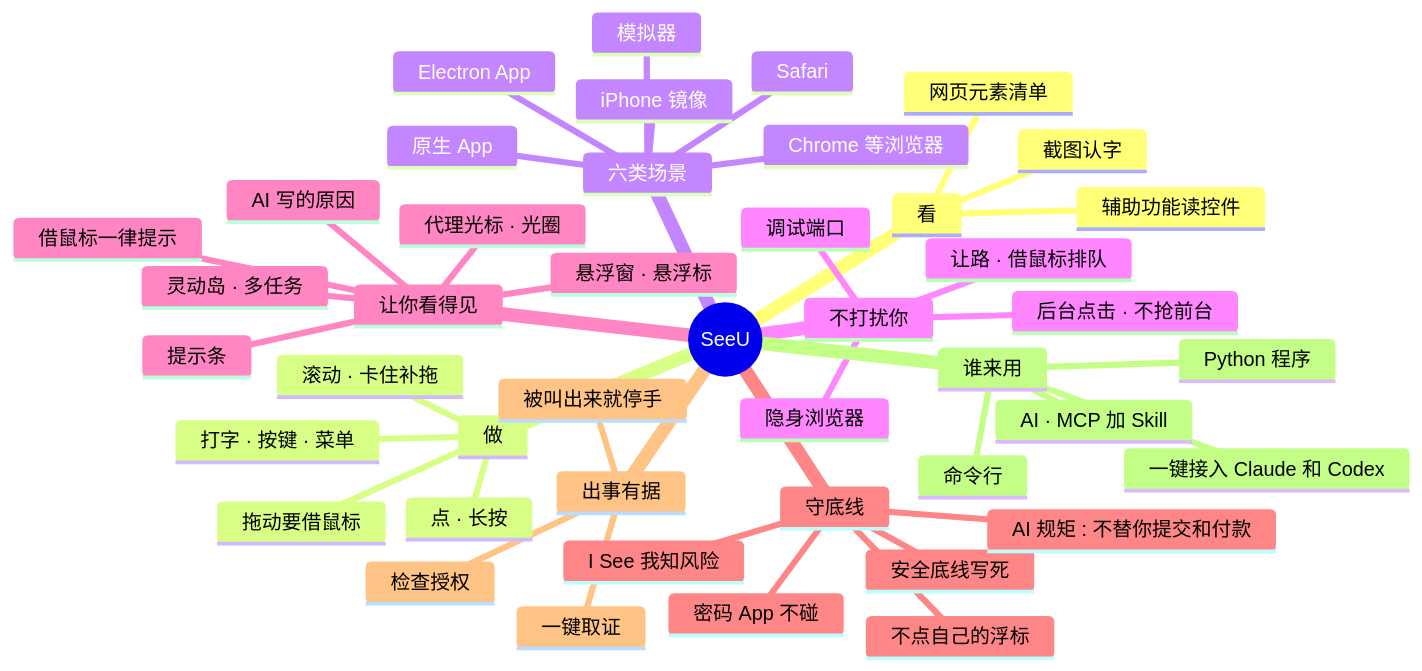
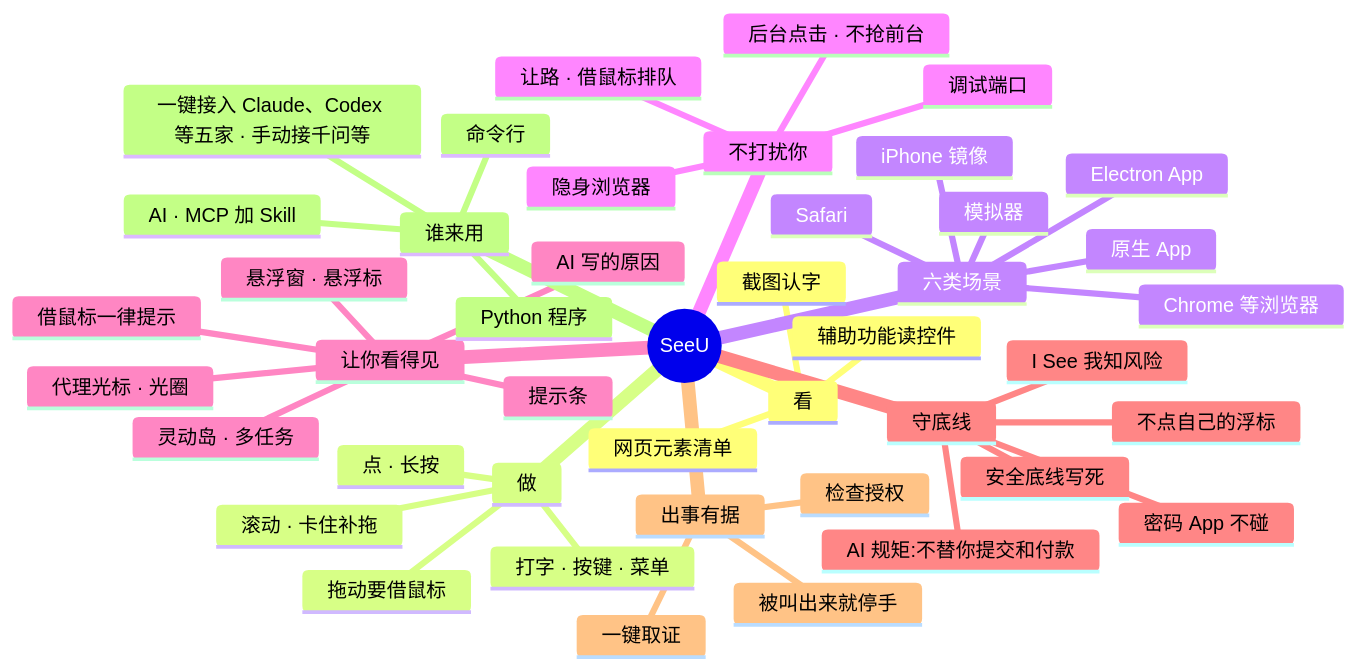
Before and after one commit to Mr-Bingoo/seeu-computeruse: diagram 13 of 13 in docs/SeeU-业务图.zh-CN.md, drawn with Mermaid. The commit also changed other lines of this file and 47 other files, not shown here.

````diff
--- a/docs/SeeU-业务图.zh-CN.md
+++ b/docs/SeeU-业务图.zh-CN.md
@@ -397,47 +561,47 @@
 ```mermaid
 mindmap
   root((SeeU))
     看
       截图认字
       辅助功能读控件
       网页元素清单
     做
       点 · 长按
       打字 · 按键 · 菜单
       滚动 · 卡住补拖
       拖动要借鼠标
     六类场景
       Safari
       Chrome 等浏览器
       Electron App
       原生 App
       模拟器
       iPhone 镜像
     不打扰你
       后台点击 · 不抢前台
       让路 · 借鼠标排队
       隐身浏览器
       调试端口
     让你看得见
       悬浮窗 · 悬浮标
       灵动岛 · 多任务
       代理光标 · 光圈
       提示条
       AI 写的原因
       借鼠标一律提示
     守底线
       安全底线写死
       密码 App 不碰
       不点自己的浮标
-      AI 规矩 : 不替你提交和付款
+      AI 规矩:不替你提交和付款
       I See 我知风险
     出事有据
       检查授权
       一键取证
       被叫出来就停手
     谁来用
       Python 程序
       AI · MCP 加 Skill
-      一键接入 Claude 和 Codex
+      一键接入 Claude、Codex 等五家 · 手动接千问等
       命令行
 ```
````
